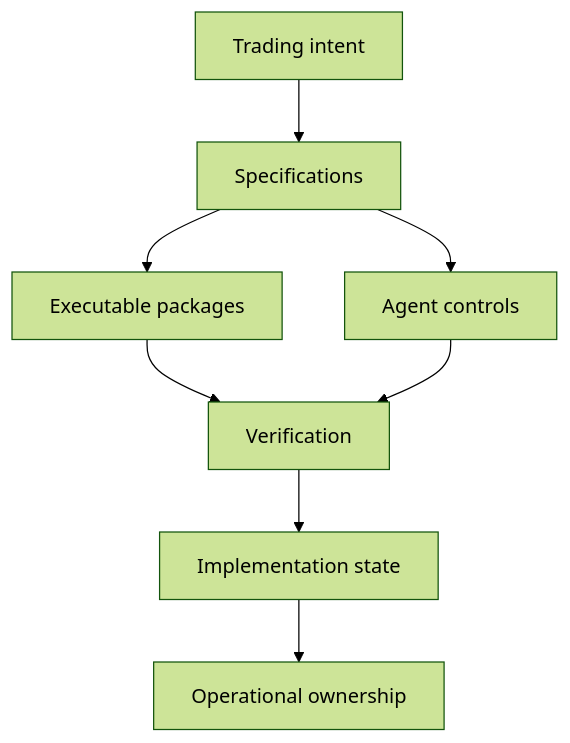
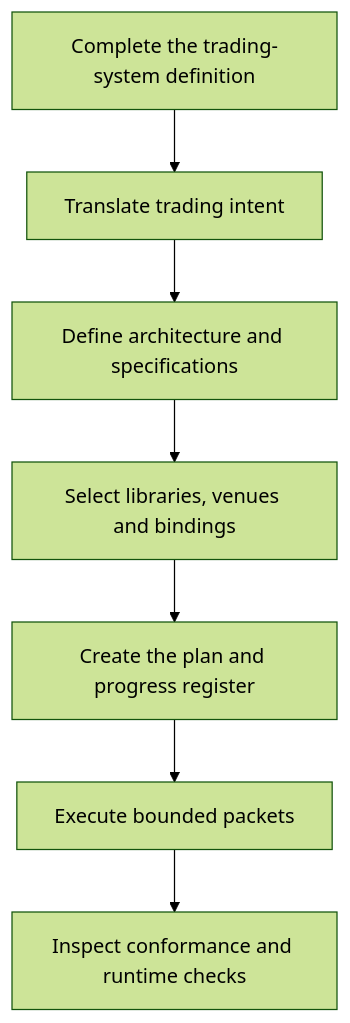
The diagram in README.md (LeanOS-Technologies/options-os-public), drawn with Mermaid (forest theme) before and after one commit. The commit also changed other lines of this file, not shown here.

````diff
--- a/README.md
+++ b/README.md
@@ -55,10 +58,9 @@
 ```mermaid
 flowchart TD
-    A["Trading intent"] --> B["Specifications"]
-    B --> C["Executable packages"]
-    B --> D["Agent controls"]
-    C --> E["Verification"]
-    D --> E
-    E --> F["Implementation state"]
-    F --> G["Operational ownership"]
+    A["Complete the trading-system definition"] --> B["Translate trading intent"]
+    B --> C["Define architecture and specifications"]
+    C --> D["Select libraries, venues and bindings"]
+    D --> E["Create the plan and progress register"]
+    E --> F["Execute bounded packets"]
+    F --> G["Inspect conformance and runtime checks"]
 ```
````
